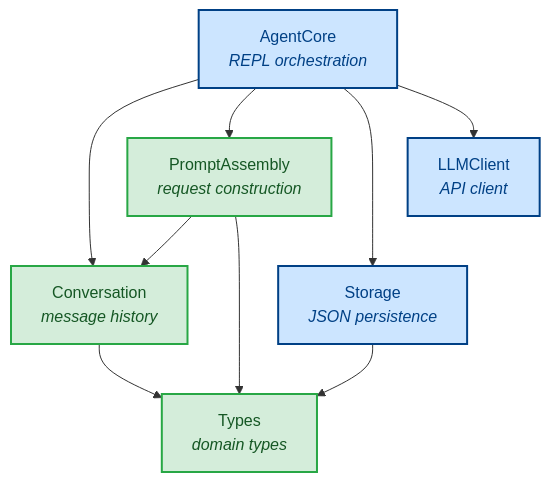
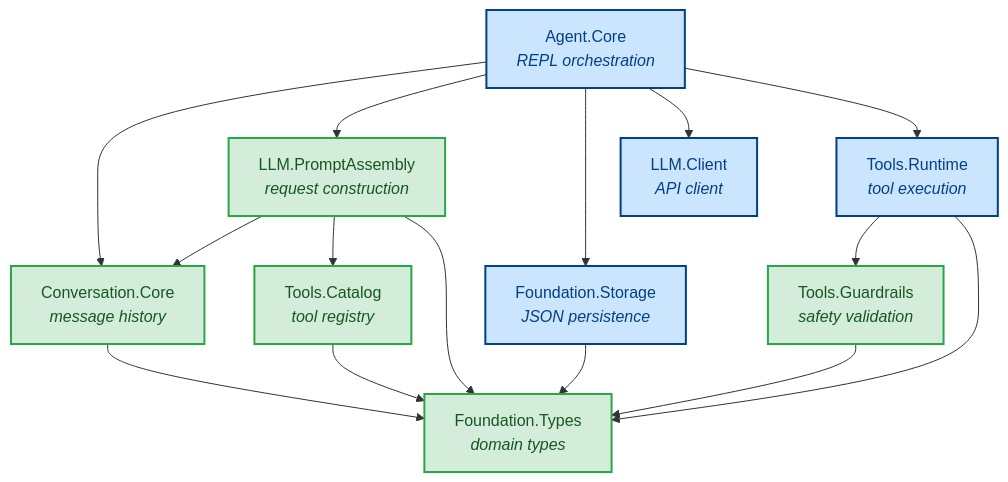
Before and after one commit to gxmas/lumen: the diagram in docs/diagrams/architecture.md, drawn with Mermaid. The commit also changed other lines of this file and 98 other files, not shown here.

````diff
--- a/docs/diagrams/architecture.md
+++ b/docs/diagrams/architecture.md
@@ -7,24 +7,33 @@
 ```mermaid
 graph TD
-    AC[AgentCore<br/><i>REPL orchestration</i>]
-    C[Conversation<br/><i>message history</i>]
-    PA[PromptAssembly<br/><i>request construction</i>]
-    S[Storage<br/><i>JSON persistence</i>]
-    LC[LLMClient<br/><i>API client</i>]
-    T[Types<br/><i>domain types</i>]
+    AC[Agent.Core<br/><i>REPL orchestration</i>]
+    C[Conversation.Core<br/><i>message history</i>]
+    PA[LLM.PromptAssembly<br/><i>request construction</i>]
+    S[Foundation.Storage<br/><i>JSON persistence</i>]
+    LC[LLM.Client<br/><i>API client</i>]
+    T[Foundation.Types<br/><i>domain types</i>]
+    TR[Tools.Runtime<br/><i>tool execution</i>]
+    GR[Tools.Guardrails<br/><i>safety validation</i>]
+    TC[Tools.Catalog<br/><i>tool registry</i>]
 
     AC --> C
     AC --> PA
     AC --> S
     AC --> LC
+    AC --> TR
     PA --> C
+    PA --> TC
     PA --> T
     C --> T
     S --> T
+    TR --> GR
+    TR --> T
+    GR --> T
+    TC --> T
 
     classDef pure fill:#d4edda,stroke:#28a745,stroke-width:2px,color:#155724
     classDef io fill:#cce5ff,stroke:#004085,stroke-width:2px,color:#004085
 
-    class T,C,PA pure
-    class AC,S,LC io
+    class T,C,PA,GR,TC pure
+    class AC,S,LC,TR io
 ```
````
